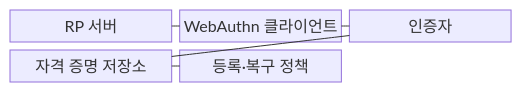
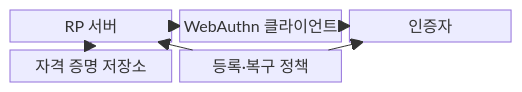
Before and after one commit to agnusdei1207/knowledge-base: the first of 2 diagrams in src/content/docs/notes/05-security/055_fido2_webauthn.md, drawn with Mermaid. The commit also changed other lines of this file and 20 other files, not shown here.

````diff
--- a/src/content/docs/notes/05-security/055_fido2_webauthn.md
+++ b/src/content/docs/notes/05-security/055_fido2_webauthn.md
@@ -61,13 +61,14 @@
 ```mermaid
 block-beta
   columns 3
   A["RP 서버"]
   B["WebAuthn 클라이언트"]
   C["인증자"]
   D["자격 증명 저장소"]
   E["등록·복구 정책"]
-    A --- B
-    B --- C
-    C --- D
-    D --- E
+    A --> B
+    B --> C
+    A --> D
+    E --> A
+    E --> C
 ```
````
